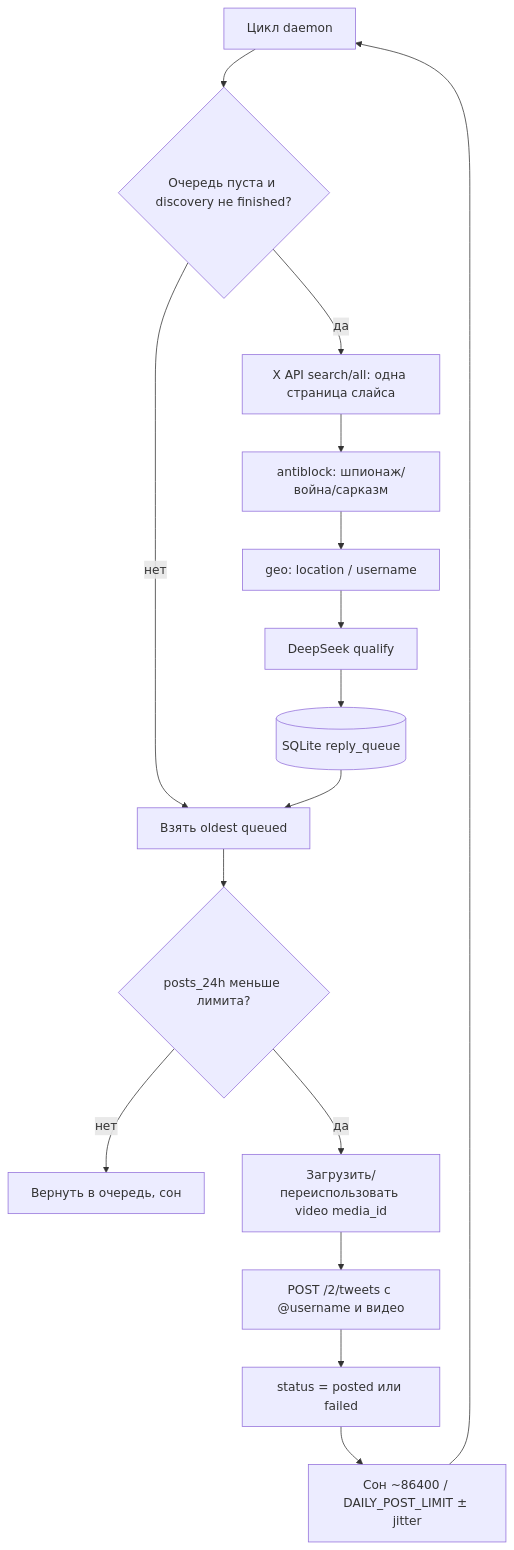
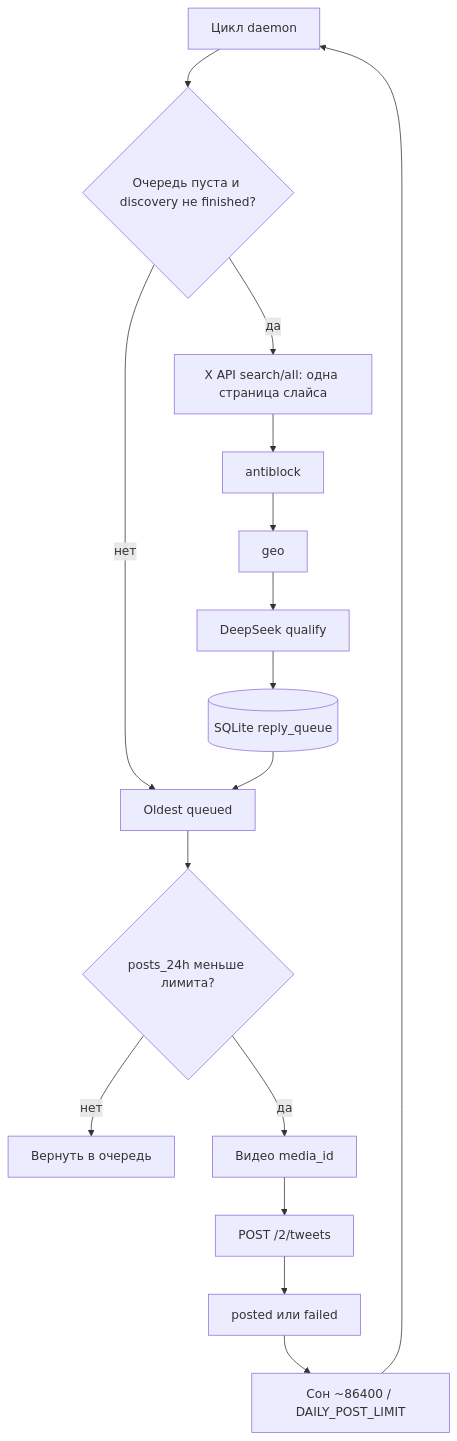
One commit to Coderader1337/X_bot_govorun changed the diagram in docs/02-pipeline.md. Above: the diagram before and after it, drawn with Mermaid. The commit also changed other lines of this file and 42 other files, not shown here.

````diff
--- a/docs/02-pipeline.md
+++ b/docs/02-pipeline.md
@@ -9,18 +5,18 @@
 ```mermaid
 flowchart TD
   start[Цикл daemon] --> q{Очередь пуста и discovery не finished?}
   q -->|да| disc[X API search/all: одна страница слайса]
-  disc --> anti[antiblock: шпионаж/война/сарказм]
-  anti --> geo[geo: location / username]
+  disc --> anti[antiblock]
+  anti --> geo[geo]
   geo --> ds[DeepSeek qualify]
   ds --> db[(SQLite reply_queue)]
-  q -->|нет| pop[Взять oldest queued]
+  q -->|нет| pop[Oldest queued]
   db --> pop
   pop --> limit{posts_24h меньше лимита?}
-  limit -->|нет| requeue[Вернуть в очередь, сон]
-  limit -->|да| video[Загрузить/переиспользовать video media_id]
-  video --> post[POST /2/tweets с @username и видео]
-  post --> mark[status = posted или failed]
-  mark --> sleep[Сон ~86400 / DAILY_POST_LIMIT ± jitter]
+  limit -->|нет| requeue[Вернуть в очередь]
+  limit -->|да| video[Видео media_id]
+  video --> post[POST /2/tweets]
+  post --> mark[posted или failed]
+  mark --> sleep[Сон ~86400 / DAILY_POST_LIMIT]
   sleep --> start
 ```
````
